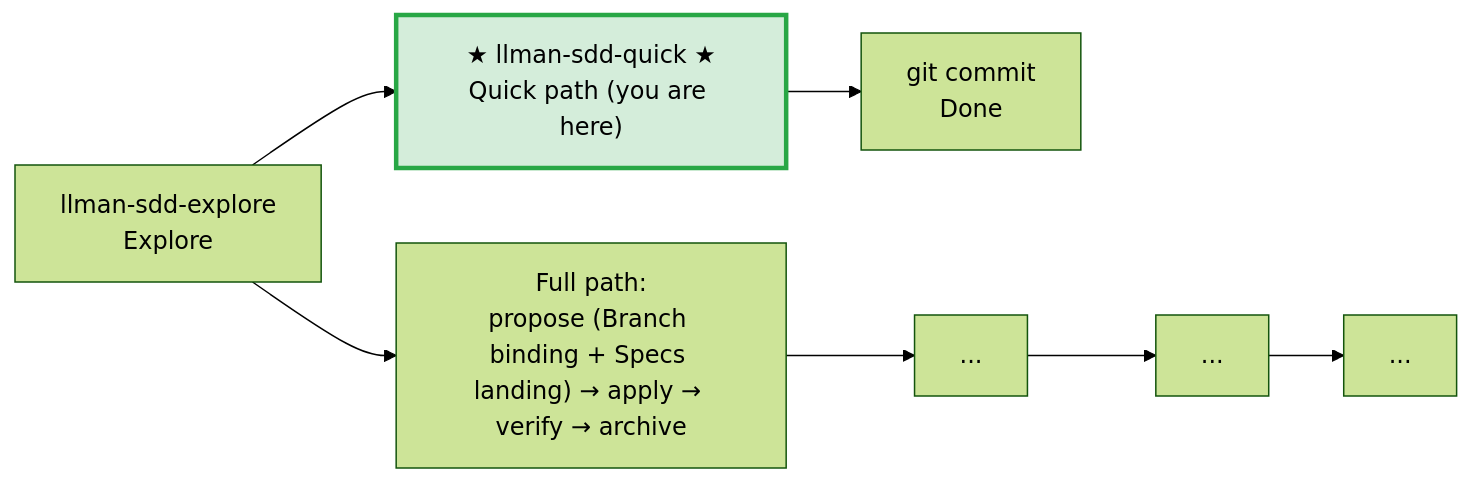
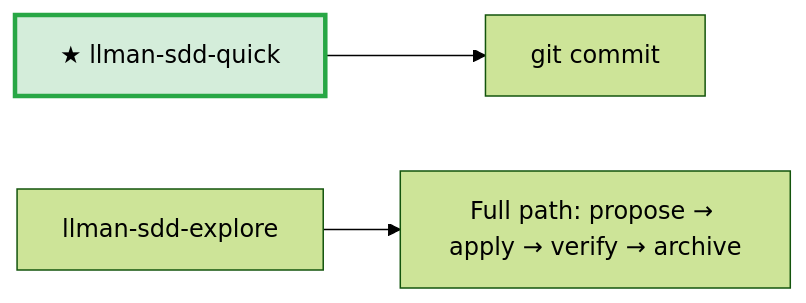
One commit to StrayDragon/dapz changed the diagram in .agents/skills/llman-sdd-quick/SKILL.md. Above: the diagram before and after it, drawn with Mermaid (forest theme). The commit also changed other lines of this file and 12 other files, not shown here.

First line of the commit message:
chore(skills): refresh llman-sdd skills to 0.5.0 official templates (init --update)

````diff
--- a/.agents/skills/llman-sdd-quick/SKILL.md
+++ b/.agents/skills/llman-sdd-quick/SKILL.md
@@ -17,14 +14,7 @@
 ```mermaid
 flowchart LR
-    explore["llman-sdd-explore<br/>Explore"] --> quick
-
-    quick["★ llman-sdd-quick ★<br/>Quick path (you are here)"]
-    quick --> commit["git commit<br/>Done"]
-
-    explore --> propose["Full path:<br/>propose (Branch binding + Specs landing) → apply → verify → archive"]
-    propose --> apply["..."]
-    apply --> verify["..."]
-    verify --> archive["..."]
+    quick["★ llman-sdd-quick"] --> commit["git commit"]
+    explore["llman-sdd-explore"] --> propose["Full path: propose → apply → verify → archive"]
 
     style quick fill:#d4edda,stroke:#28a745,stroke-width:3px
 ```
````
